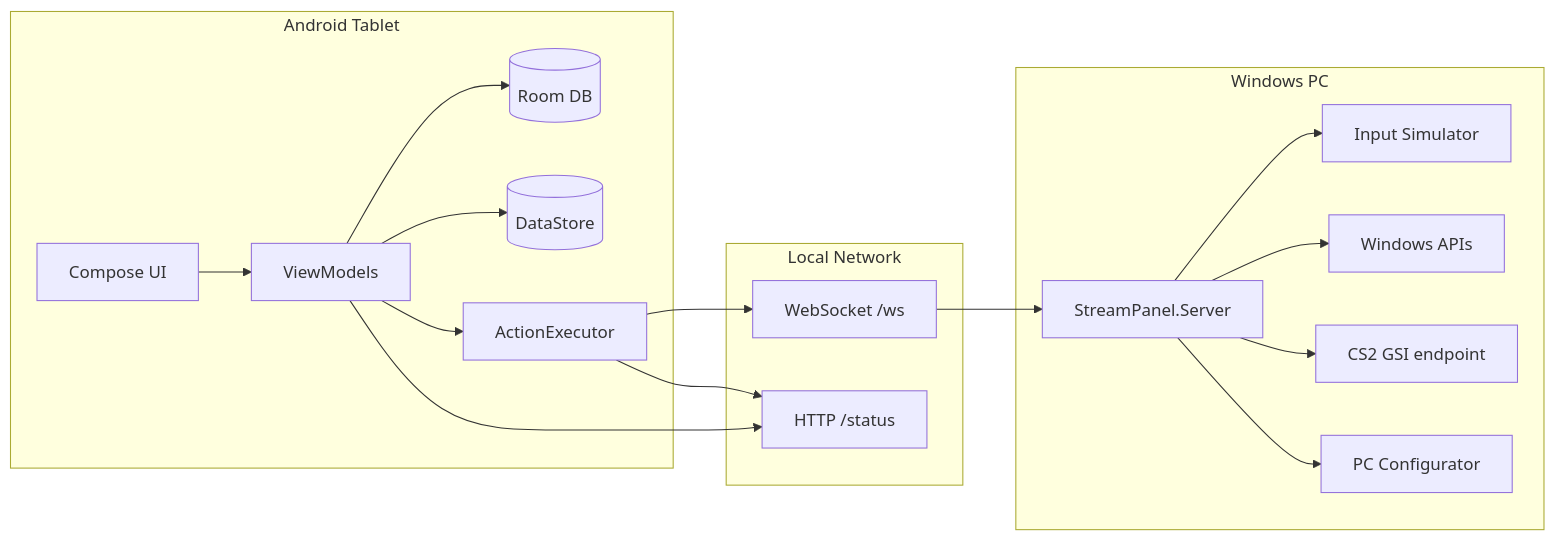
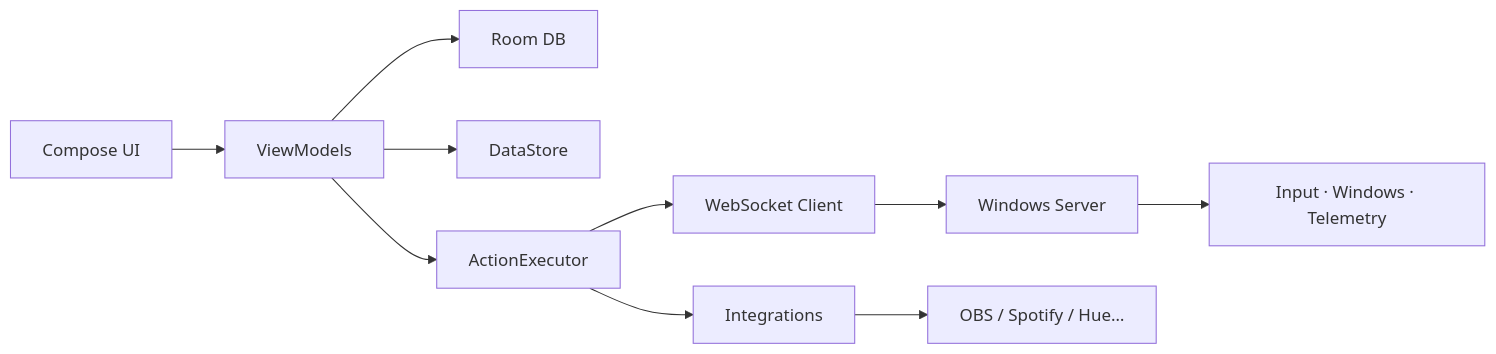
Before and after one commit to zibirik/streamdeck: the second of 2 diagrams in README.md, drawn with Mermaid. The commit also changed other lines of this file and 4 other files, not shown here.

````diff
--- a/README.md
+++ b/README.md
@@ -71,36 +195,12 @@
 ```mermaid
 flowchart LR
-    subgraph Android["Android Tablet"]
-        UI[Compose UI]
-        VM[ViewModels]
-        Room[(Room DB)]
-        DS[(DataStore)]
-        Exec[ActionExecutor]
-        UI --> VM
-        VM --> Room
-        VM --> DS
-        VM --> Exec
-    end
-
-    subgraph Network["Local Network"]
-        WS[WebSocket /ws]
-        HTTP[HTTP /status]
-    end
-
-    subgraph Windows["Windows PC"]
-        Server[StreamPanel.Server]
-        Input[Input Simulator]
-        WinAPI[Windows APIs]
-        GSI[CS2 GSI endpoint]
-        Web[PC Configurator]
-        Server --> Input
-        Server --> WinAPI
-        Server --> GSI
-        Server --> Web
-    end
-
-    Exec --> WS
-    Exec --> HTTP
-    VM --> HTTP
-    WS --> Server
+    UI["Compose UI"] --> VM["ViewModels"]
+    VM --> Room["Room DB"]
+    VM --> DS["DataStore"]
+    VM --> Exec["ActionExecutor"]
+    Exec --> WS["WebSocket Client"]
+    Exec --> Int["Integrations"]
+    WS --> Srv["Windows Server"]
+    Int --> OBS["OBS / Spotify / Hue…"]
+    Srv --> WinAPI["Input · Windows · Telemetry"]
 ```
````
